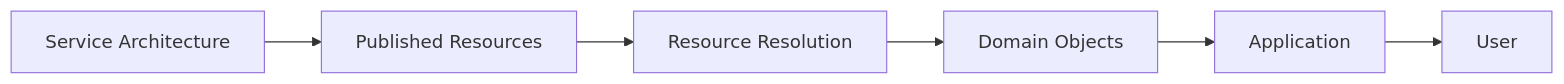
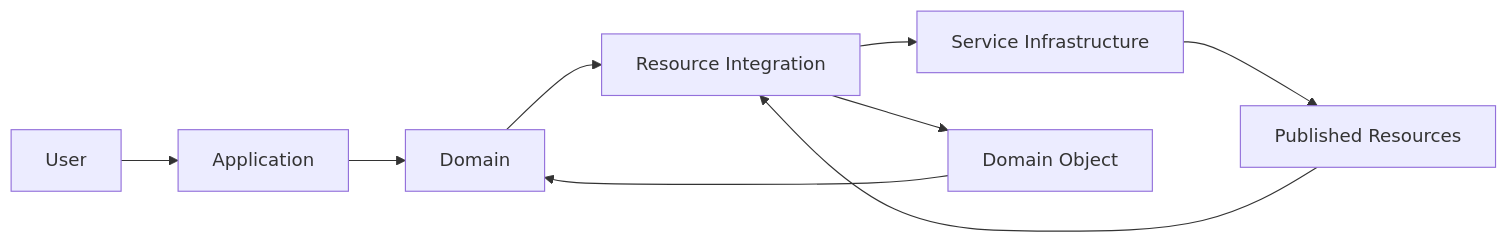
The sixth of 6 diagrams in docs/PROJECT_CONTEXT.md (kjvonly/kjvonly.bible), drawn with Mermaid before and after one commit. The commit also changed other lines of this file, not shown here.

````diff
--- a/docs/PROJECT_CONTEXT.md
+++ b/docs/PROJECT_CONTEXT.md
@@ -893,25 +880,33 @@
-```mermaid
+```mermaid id="g5kl2h"
 flowchart LR
 
-    Services["Service Architecture"]
+    User
 
-    Resources["Published Resources"]
+    Application
 
-    Resolution["Resource Resolution"]
+    Domain
 
-    Objects["Domain Objects"]
+    ResourceIntegration["Resource Integration"]
 
-    Application["Application"]
+    Infrastructure["Service Infrastructure"]
 
-    User["User"]
+    Published["Published Resources"]
 
-    Services --> Resources
+    DomainObject["Domain Object"]
 
-    Resources --> Resolution
+    User --> Application
 
-    Resolution --> Objects
+    Application --> Domain
 
-    Objects --> Application
+    Domain --> ResourceIntegration
 
-    Application --> User
+    ResourceIntegration --> Infrastructure
+
+    Infrastructure --> Published
+
+    Published --> ResourceIntegration
+
+    ResourceIntegration --> DomainObject
+
+    DomainObject --> Domain
 ```
````
